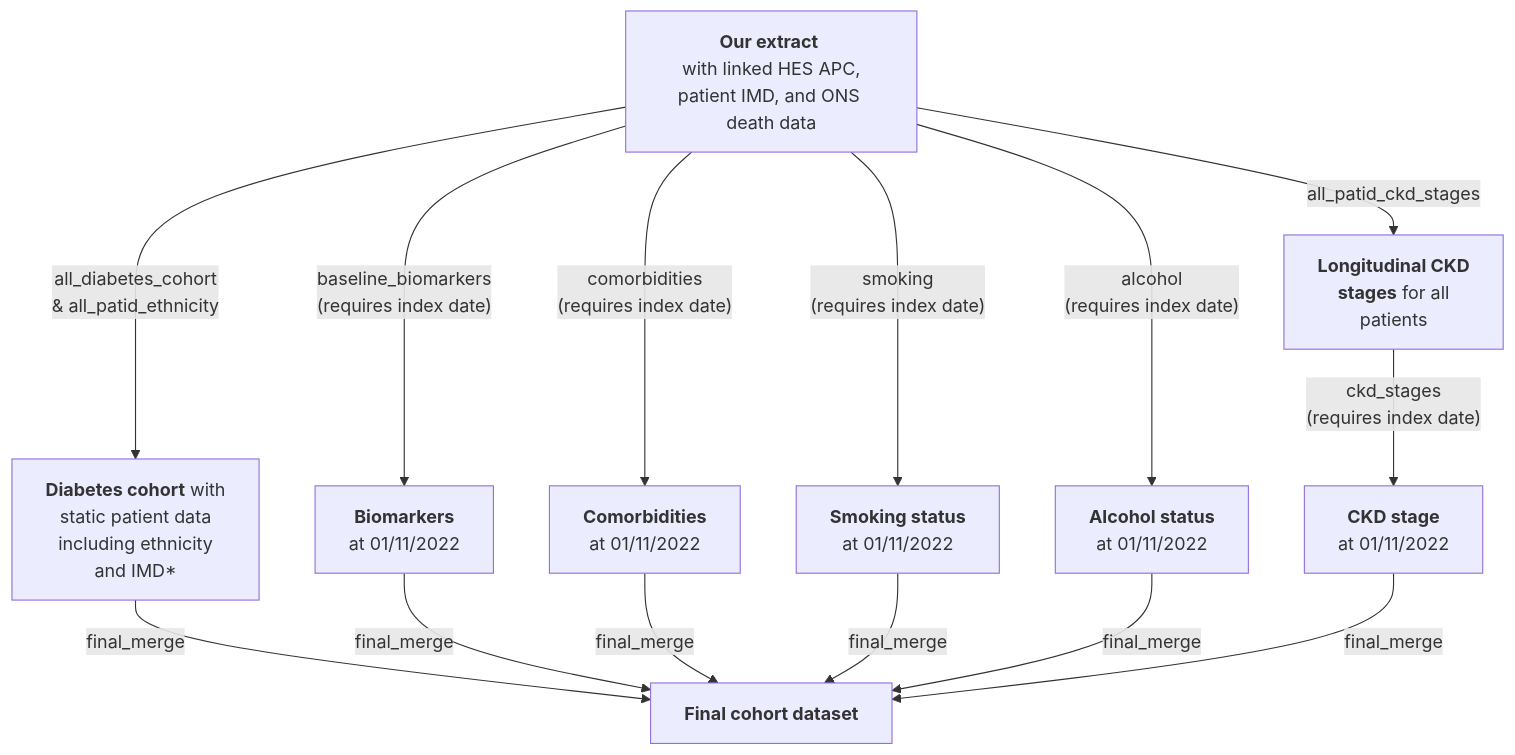
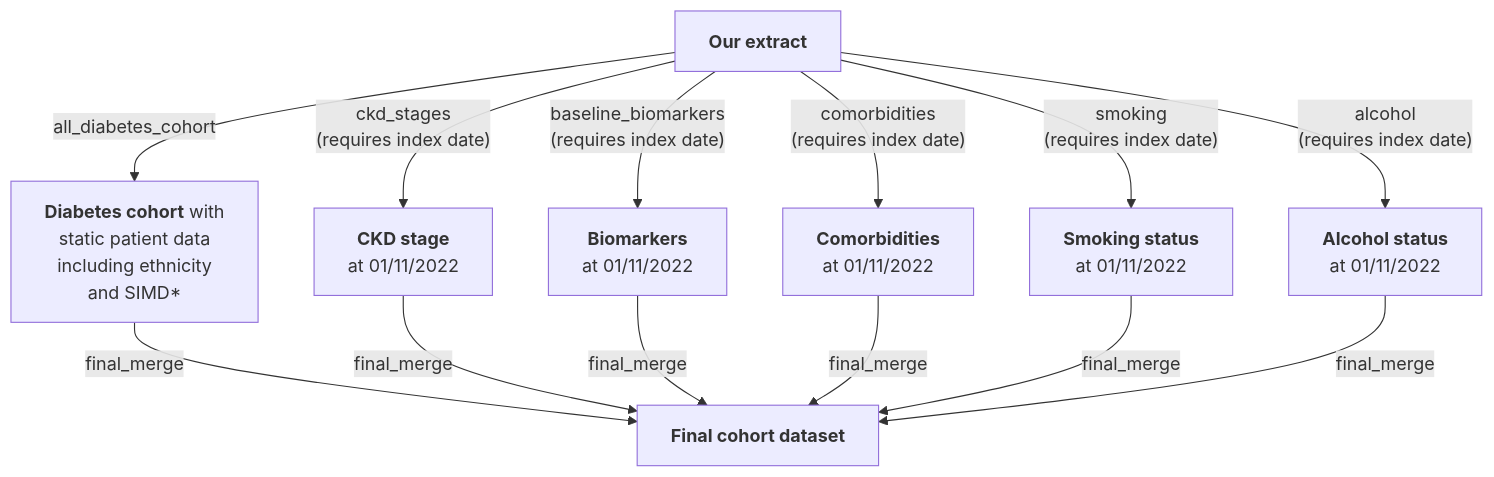
One commit to Exeter-Diabetes/SDRN-Cohort-Scripts changed the diagram in 02-Prevalent/README.md. Above: the diagram before and after it, drawn with Mermaid. The commit also changed 1 other file, not shown here.

Commit message:
Minor edits.

````diff
--- a/02-Prevalent/README.md
+++ b/02-Prevalent/README.md
@@ -11,16 +11,15 @@
 ```mermaid
 graph TD;
-    A["<b>Our extract</b> <br> with linked HES APC, patient IMD, and ONS death data"] --> |"all_diabetes_cohort <br> & all_patid_ethnicity"|B["<b>Diabetes cohort</b> with <br> static patient data <br> including ethnicity <br> and IMD*"]
-    A-->|"all_patid_ckd_stages"|C["<b>Longitudinal CKD <br> stages</b> for all <br> patients"]
+    A["<b>Our extract</b>"] --> |"all_diabetes_cohort"|B["<b>Diabetes cohort</b> with <br> static patient data <br> including ethnicity <br> and SIMD*"]
+    A-->|"ckd_stages <br> (requires index date)"|C["<b>CKD stage </b> <br> at 01/11/2022"]
     A-->|"baseline_biomarkers <br> (requires index date)"|E["<b>Biomarkers</b> <br> at 01/11/2022"]
     A-->|"comorbidities <br> (requires index date)"|F["<b>Comorbidities</b> <br> at 01/11/2022"]
     A-->|"smoking <br> (requires index date)"|G["<b>Smoking status</b> <br> at 01/11/2022"]
     A-->|"alcohol <br> (requires index date)"|H["<b>Alcohol status</b> <br> at 01/11/2022"]
-    C-->|"ckd_stages <br> (requires index date)"|I["<b>CKD stage </b> <br> at 01/11/2022"]
     B-->|"final_merge"|J["<b>Final cohort dataset</b>"]
+    C-->|"final_merge"|J  
     E-->|"final_merge"|J
     F-->|"final_merge"|J
     G-->|"final_merge"|J
-    H-->|"final_merge"|J
-    I-->|"final_merge"|J    
+    H-->|"final_merge"|J  
 ```
````
